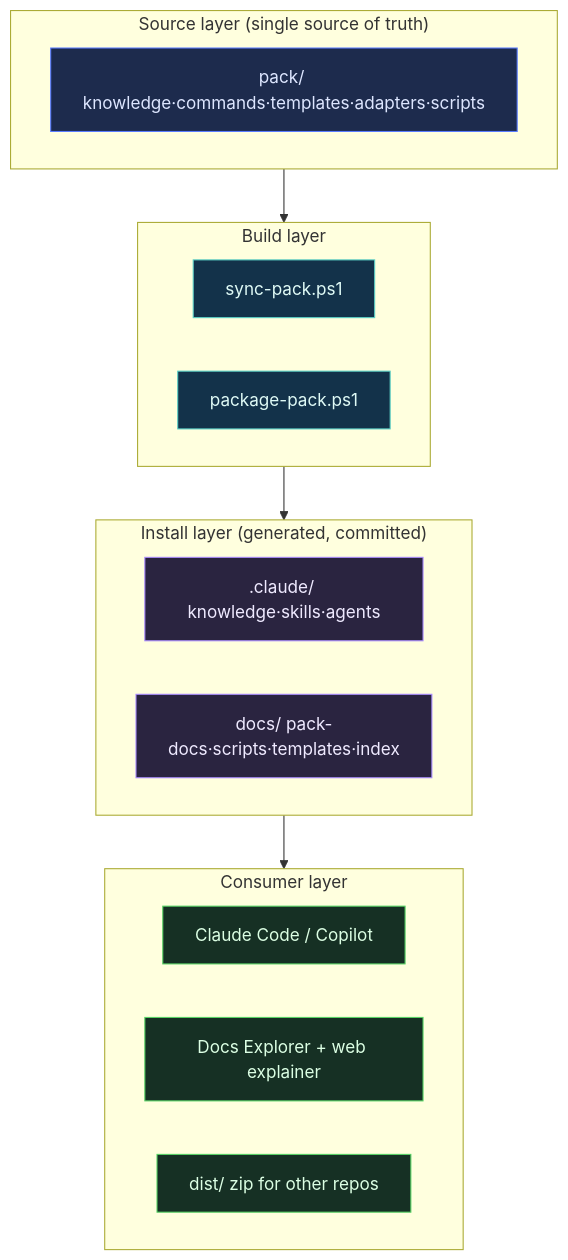
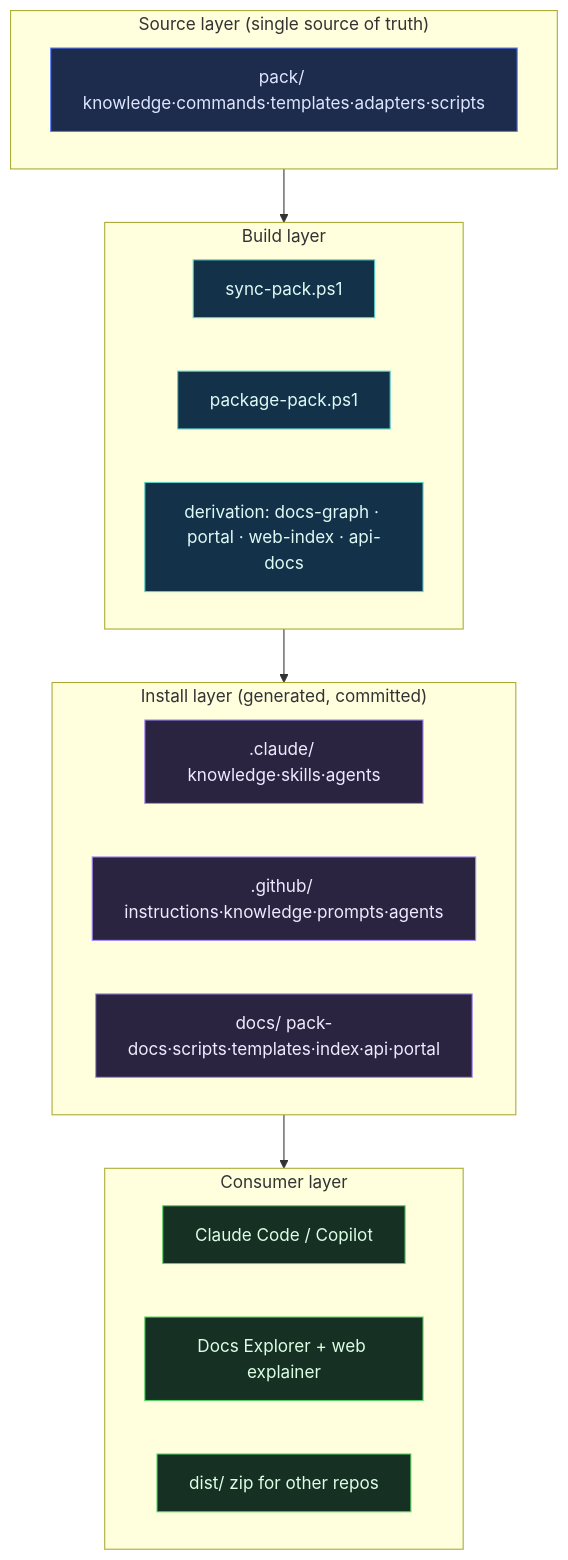
Before and after one commit to timianmalloo/ai-forward: the third of 4 diagrams in docs/architecture.md, drawn with Mermaid. The commit also changed other lines of this file and 38 other files, not shown here.

````diff
--- a/docs/architecture.md
+++ b/docs/architecture.md
@@ -156,27 +184,29 @@
 ```mermaid
 flowchart TB
   subgraph L4["Consumer layer"]
     direction LR
     cc[Claude Code / Copilot]:::c
     ex[Docs Explorer + web explainer]:::c
     z[dist/ zip for other repos]:::c
   end
   subgraph L3["Install layer (generated, committed)"]
     direction LR
     claude[.claude/ knowledge·skills·agents]:::i
-    docs[docs/ pack-docs·scripts·templates·index]:::i
+    gh[.github/ instructions·knowledge·prompts·agents]:::i
+    docs[docs/ pack-docs·scripts·templates·index·api·portal]:::i
   end
   subgraph L2["Build layer"]
     direction LR
     sync[sync-pack.ps1]:::b
     pkg[package-pack.ps1]:::b
+    gen[derivation: docs-graph · portal · web-index · api-docs]:::b
   end
   subgraph L1["Source layer (single source of truth)"]
     pack[pack/ knowledge·commands·templates·adapters·scripts]:::s
   end
   L1 --> L2 --> L3 --> L4
   classDef s fill:#1d2b4d,stroke:#5a7cff,color:#dde6ff
   classDef b fill:#13324a,stroke:#5ad1c7,color:#dffaf6
   classDef i fill:#2a2440,stroke:#a98bff,color:#efeaff
   classDef c fill:#163024,stroke:#56d364,color:#dcffe4
 ```
````
